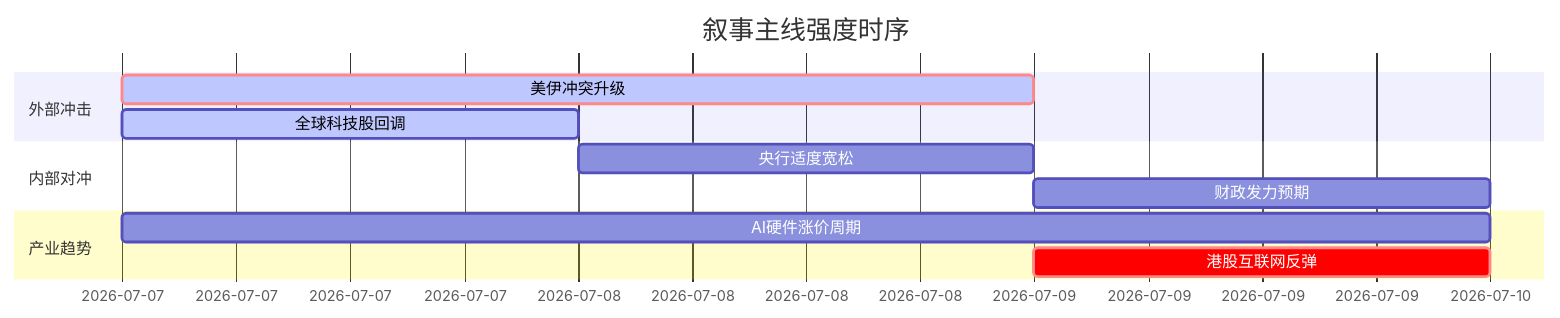
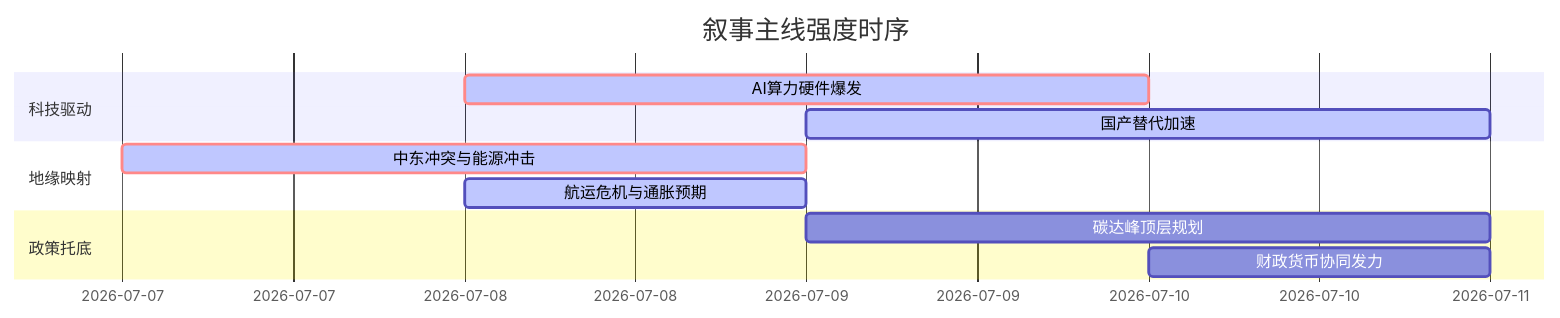
Before and after one commit to uu5zn/uu5zn.github.io: the diagram in 5day_report.md, drawn with Mermaid. The commit also changed other lines of this file and 25 other files, not shown here.

````diff
--- a/5day_report.md
+++ b/5day_report.md
@@ -54,16 +55,16 @@
 ```mermaid
 gantt
     title 叙事主线强度时序
     dateFormat  YYYY-MM-DD
-    section 外部冲击
-    美伊冲突升级   :crit, active, 2026-07-07, 2d
-    全球科技股回调   :active, 2026-07-07, 1d
+    section 科技驱动
+    AI算力硬件爆发   :crit, active, 2026-07-08, 2d
+    国产替代加速     :active, 2026-07-09, 2d
     
-    section 内部对冲
-    央行适度宽松   :2026-07-08, 1d
-    财政发力预期   :2026-07-09, 1d
+    section 地缘映射
+    中东冲突与能源冲击   :crit, active, 2026-07-07, 2d
+    航运危机与通胀预期   :active, 2026-07-08, 1d
     
-    section 产业趋势
-    AI硬件涨价周期   :2026-07-07, 3d
-    港股互联网反弹   :crit, 2026-07-09, 1d
+    section 政策托底
+    碳达峰顶层规划       :2026-07-09, 2d
+    财政货币协同发力     :2026-07-10, 1d
 ```
````
